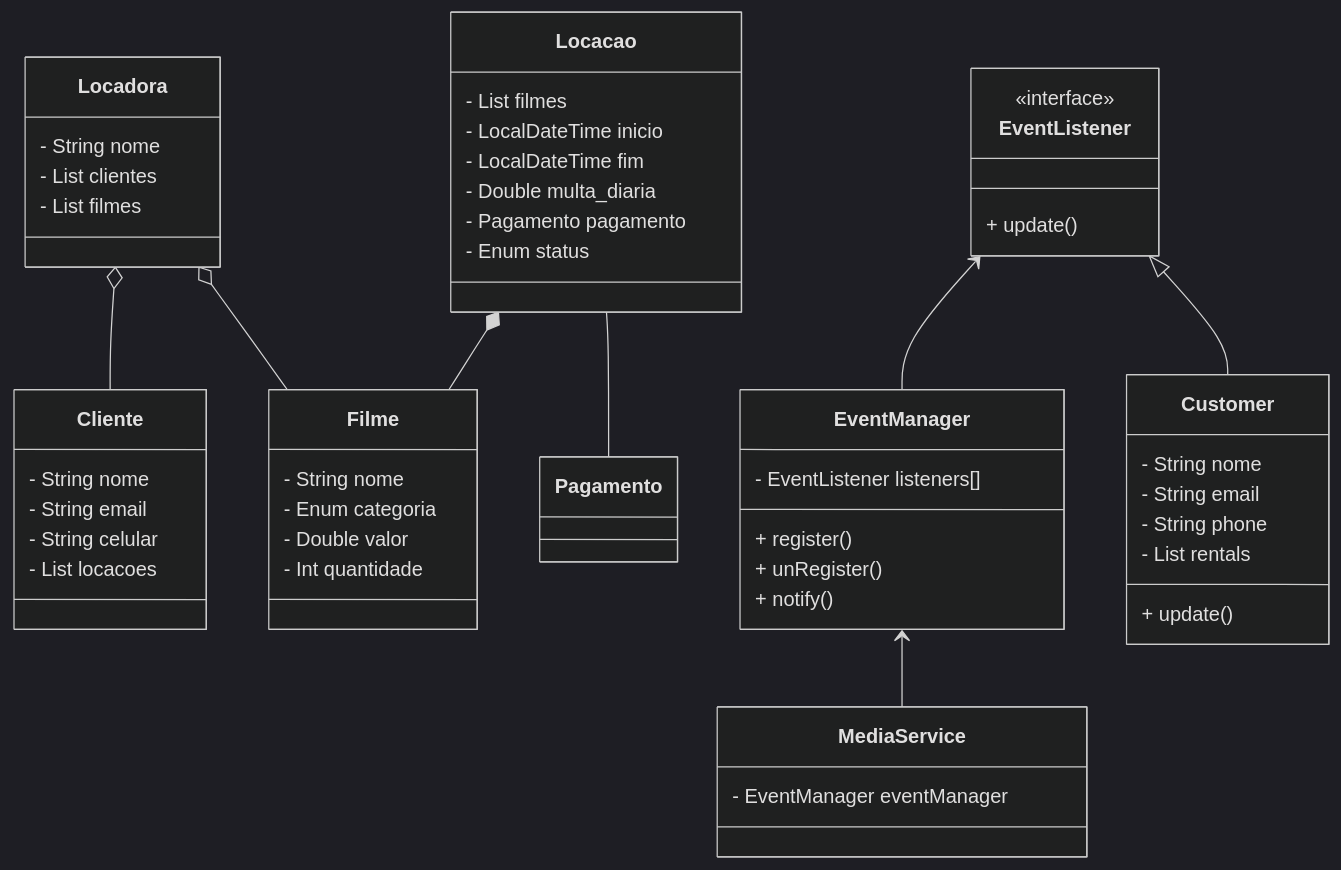
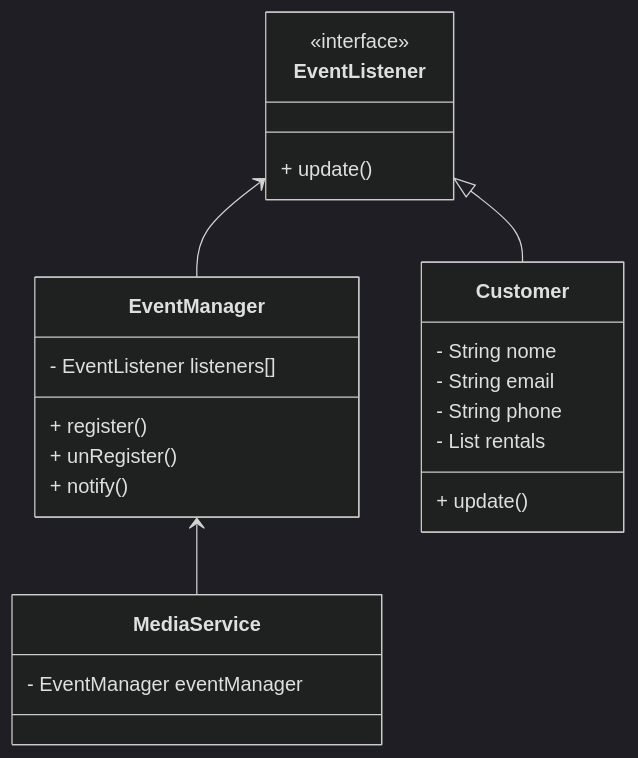
The diagram in README.md (mateuscardoso99/SistemaOO), drawn with Mermaid (dark theme) before and after one commit.

Commit message:
diagrama de classe

````diff
--- a/README.md
+++ b/README.md
@@ -9,67 +9,26 @@
 ```mermaid
 classDiagram
-    class Locadora{
-      - String nome
-      - List<Cliente> clientes
-      - List<Filme> filmes
-    }
-    
-    class Locacao{
-      - List<Filme> filmes
-      - LocalDateTime inicio
-      - LocalDateTime fim
-      - Double multa_diaria
-      - Pagamento pagamento
-      - Enum status
-    }
-    
-    class Cliente{
-     - String nome
-     - String email
-     - String celular
-     - List<Locacao> locacoes
-    }
-
-    class Filme{
-    - String nome
-    - Enum categoria
-    - Double valor
-    - Int quantidade
-    }
-
-    class Pagamento{
-    
-    }
-
-    Locadora o-- Filme 
-
-    Locadora o-- Cliente
-
-    Locacao *-- Filme
-
-    Locacao -- Pagamento
-
     class EventListener
     <<interface>> EventListener
     EventListener : + update()
     
     EventManager <-- MediaService
     EventListener <|-- Customer
     EventListener <-- EventManager
 
     class EventManager
     EventManager : - EventListener listeners[]
     EventManager : + register()
     EventManager : + unRegister()
     EventManager : + notify()
 
     class Customer
     Customer : - String nome
     Customer : - String email
     Customer : - String phone
     Customer : - List<Rental> rentals
     Customer : + update()
 
     class MediaService
     MediaService : - EventManager eventManager
 ```
````
